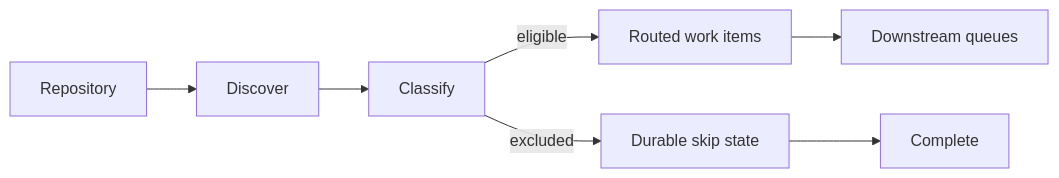
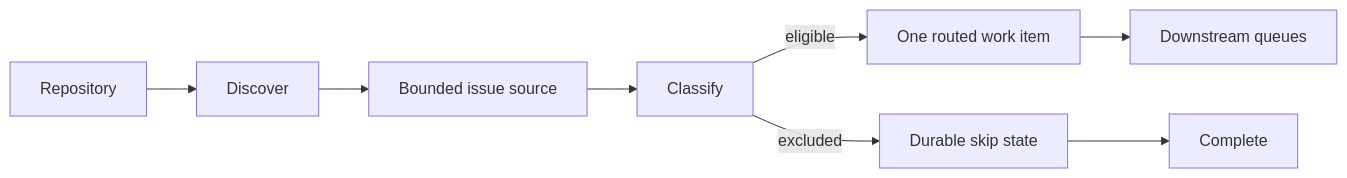
Before and after one commit to HomericIntelligence/Hephaestus: the third of 16 diagrams in docs/architecture.md, drawn with Mermaid. The commit also changed other lines of this file and 3 other files, not shown here.

````diff
--- a/docs/architecture.md
+++ b/docs/architecture.md
@@ -548,8 +640,9 @@
 ```mermaid
 flowchart LR
-    Repository --> Discover --> Classify
-    Classify -->|"eligible"| WorkItems["Routed work items"]
+    Repository --> Discover --> Source["Bounded issue source"]
+    Source --> Classify
+    Classify -->|"eligible"| WorkItems["One routed work item"]
     Classify -->|"excluded"| DurableSkip["Durable skip state"]
     WorkItems --> Queues["Downstream queues"]
     DurableSkip --> Complete
 ```
````
